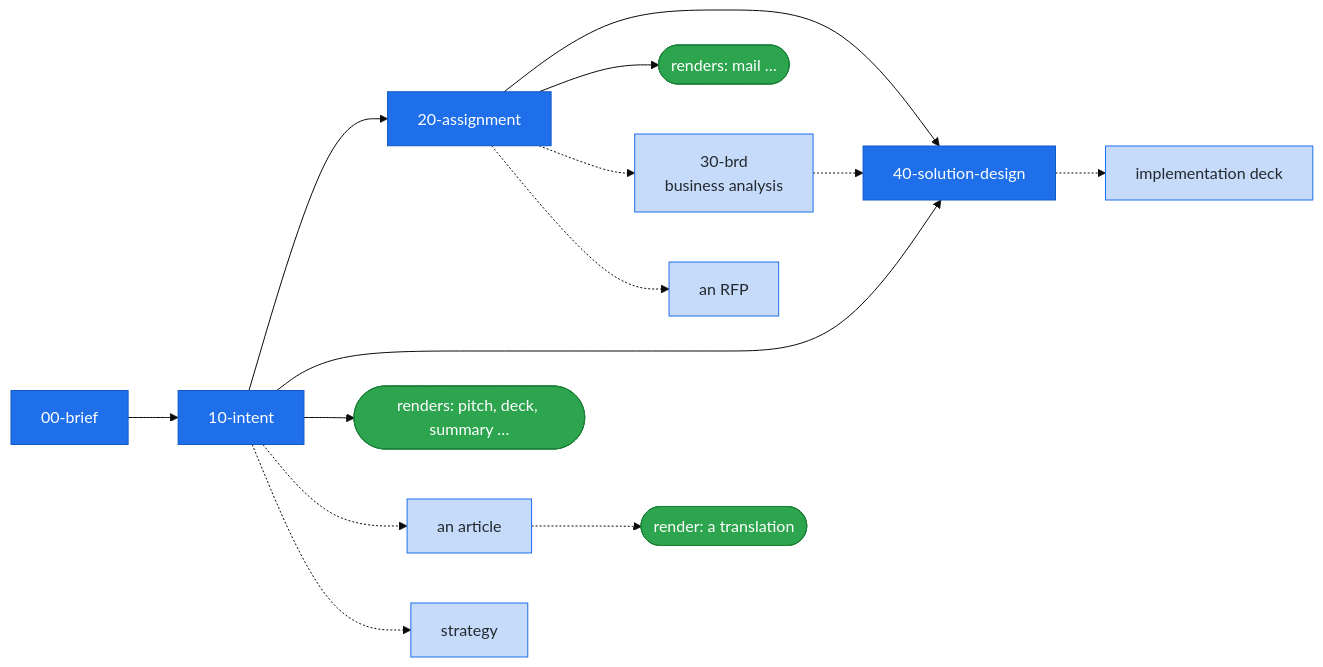
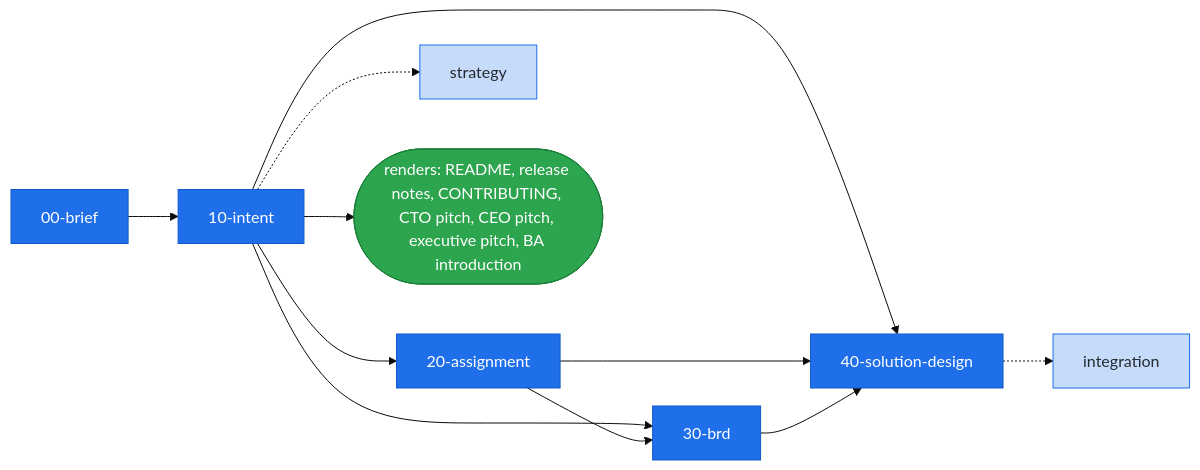
The diagram in README.md (pche-broken-artist/forge-of-thought), drawn with Mermaid (base theme) before and after one commit. The commit also changed other lines of this file and 2 other files, not shown here.

Commit message:
forge: recipe readme 0.69 and 0.70, the chain picture no longer pinned but derived from the definitions on disk, the intent's growth path and the engine's own recipes, the BRD built in it; README re-rendered

````diff
--- a/README.md
+++ b/README.md
@@ -236,23 +254,26 @@
 ```mermaid
 flowchart LR
-    B["00-brief"] --> I["10-intent"]
-    I --> A["20-assignment"]
-    I --> SD["40-solution-design"]
-    A --> SD
-    I --> RI(["renders: pitch, deck, summary …"])
-    A --> RA(["renders: mail …"])
-    A -.-> BRD["30-brd<br>business analysis"]
-    BRD -.-> SD
-    A -.-> RFP["an RFP"]
-    I -.-> ART["an article"]
-    ART -.-> RT(["render: a translation"])
-    I -.-> ST["strategy"]
-    SD -.-> IMP["implementation deck"]
-
-    classDef built fill:#1f6feb,stroke:#1158c7,color:#ffffff
-    classDef future fill:#c6dbfa,stroke:#1f6feb,color:#24292f
-    classDef render fill:#2da44e,stroke:#1a7f37,color:#ffffff
-    class B,I,A,SD built
-    class BRD,RFP,ART,ST,IMP future
-    class RI,RA,RT render
+  brief["00-brief"]:::built
+  intent["10-intent"]:::built
+  assignment["20-assignment"]:::built
+  brd["30-brd"]:::built
+  design["40-solution-design"]:::built
+  integration["integration"]:::future
+  strategy["strategy"]:::future
+  renders(["renders: README, release notes, CONTRIBUTING, CTO pitch, CEO pitch, executive pitch, BA introduction"]):::render
+  brief --> intent
+  intent --> assignment
+  intent --> brd
+  assignment --> brd
+  intent --> design
+  assignment --> design
+  brd --> design
+  design -.-> integration
+  %% the growth path names no parent for a strategy layer; drawn
+  %% below the intent, as every layer of the growth path is
+  intent -.-> strategy
+  intent --> renders
+  classDef built fill:#1f6feb,stroke:#1158c7,color:#ffffff
+  classDef future fill:#c6dbfa,stroke:#1f6feb,color:#24292f
+  classDef render fill:#2da44e,stroke:#1a7f37,color:#ffffff
 ```
````
